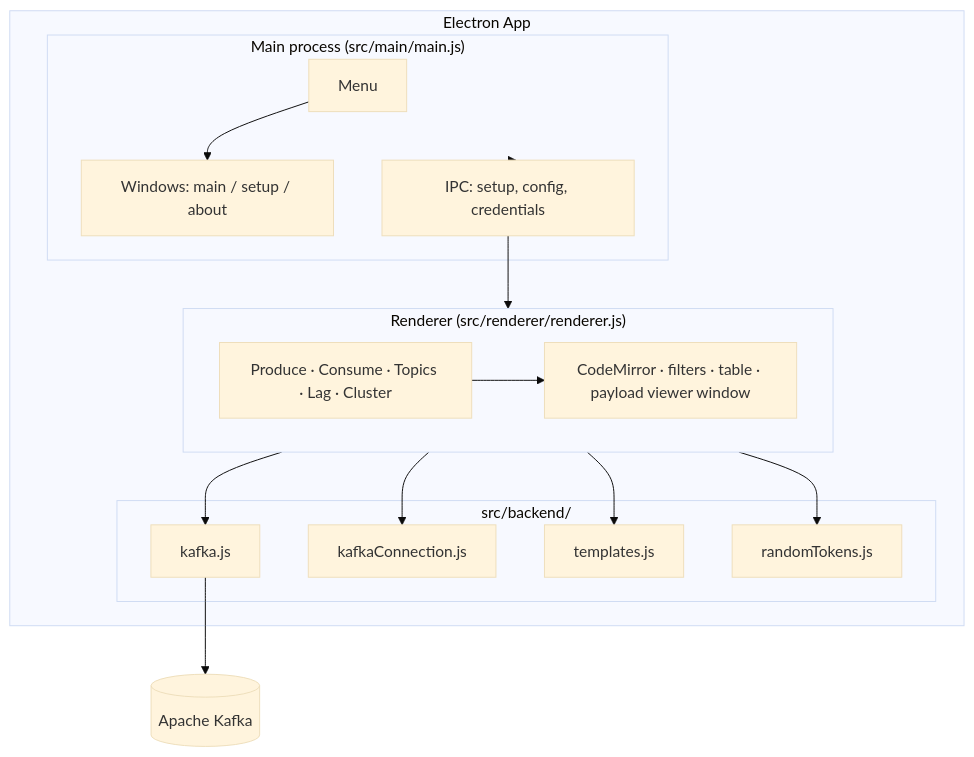
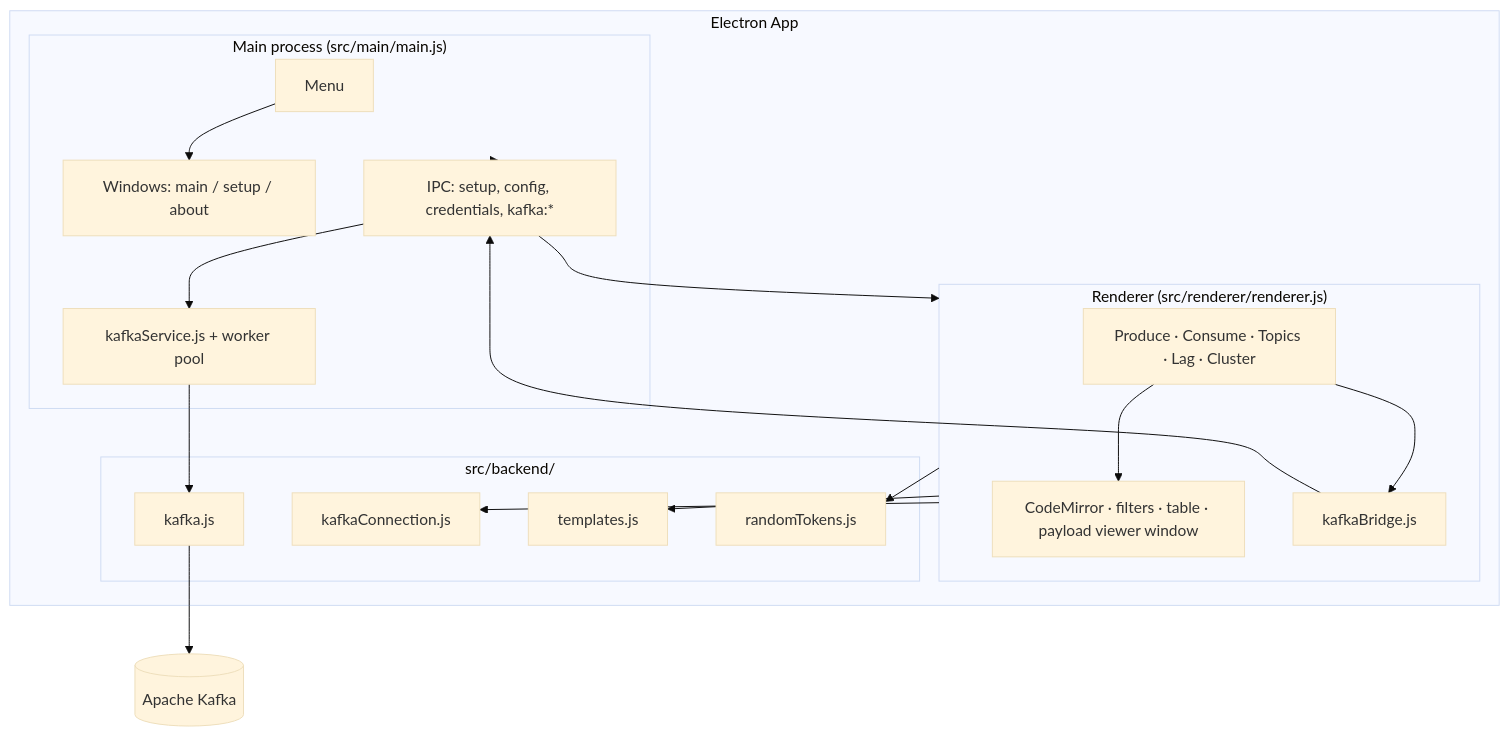
One commit to DilshanPGN/kafka-safe-stream changed the first of 4 diagrams in README.md. Above: the diagram before and after it, drawn with Mermaid (base theme). The commit also changed other lines of this file and 14 other files, not shown here.

Commit message:
Enhance UI with loading indicators and progress containers for Kafka operations in index.html and styles.css; update README.md to reflect new message count loading feature; improve technical documentation for Kafka service and renderer integration.

````diff
--- a/README.md
+++ b/README.md
@@ -46,32 +46,37 @@
 ```mermaid
 flowchart TB
     subgraph Electron["Electron App"]
         subgraph Main["Main process (src/main/main.js)"]
             Menu[Menu]
             Win[Windows: main / setup / about]
-            IPC[IPC: setup, config, credentials]
+            IPC[IPC: setup, config, credentials, kafka:*]
+            KS[kafkaService.js + worker pool]
         end
 
         subgraph Renderer["Renderer (src/renderer/renderer.js)"]
             Tabs[Produce · Consume · Topics · Lag · Cluster]
             CM[CodeMirror · filters · table · payload viewer window]
+            Bridge[kafkaBridge.js]
             Tabs --> CM
+            Tabs --> Bridge
         end
 
         subgraph Backend["src/backend/"]
             K[kafka.js]
             KC[kafkaConnection.js]
             Tmpl[templates.js]
             RT[randomTokens.js]
         end
     end
 
+    Bridge --> IPC
+    IPC --> KS
+    KS --> K
+    Main --> IPC
+    IPC --> Renderer
+    Menu --> Win
     K --> Kafka[(Apache Kafka)]
-    Renderer --> K
     Renderer --> KC
     Renderer --> Tmpl
     Renderer --> RT
-    Main --> IPC
-    IPC --> Renderer
-    Menu --> Win
 ```
````
